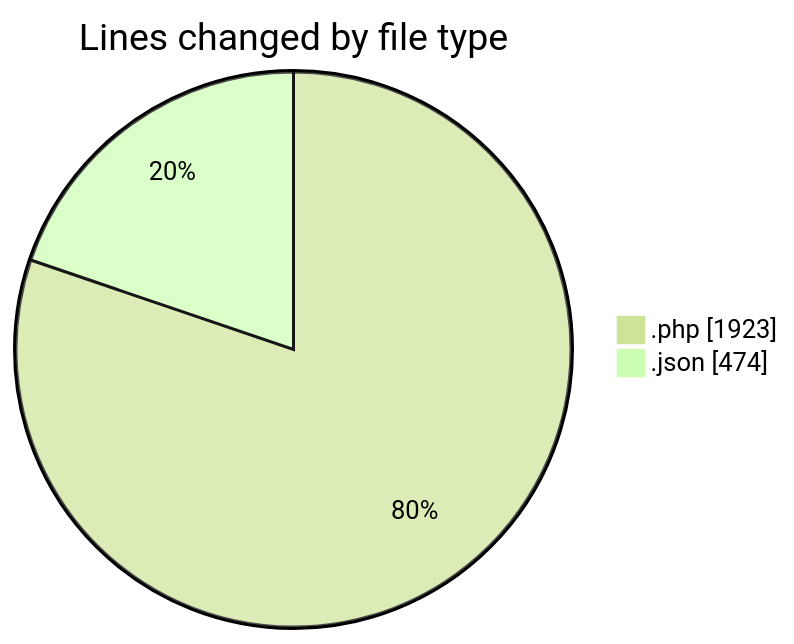
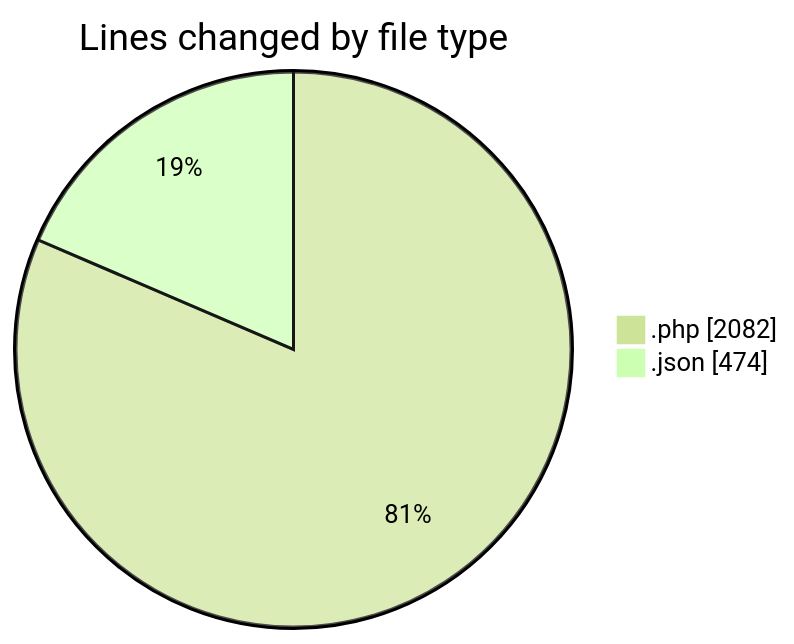
One commit to idhammustaqopulfikri/code-tracking changed the first of 2 diagrams in 2025-06-16/studio-backend/README.md. Above: the diagram before and after it, drawn with Mermaid (forest theme). The commit also changed other lines of this file and 1 other file, not shown here.

````diff
--- a/2025-06-16/studio-backend/README.md
+++ b/2025-06-16/studio-backend/README.md
@@ -34,6 +34,6 @@
 ```mermaid
 pie showData
 title Lines changed by file type
-".php" : 1923
+".php" : 2082
 ".json" : 474
 ```
````
